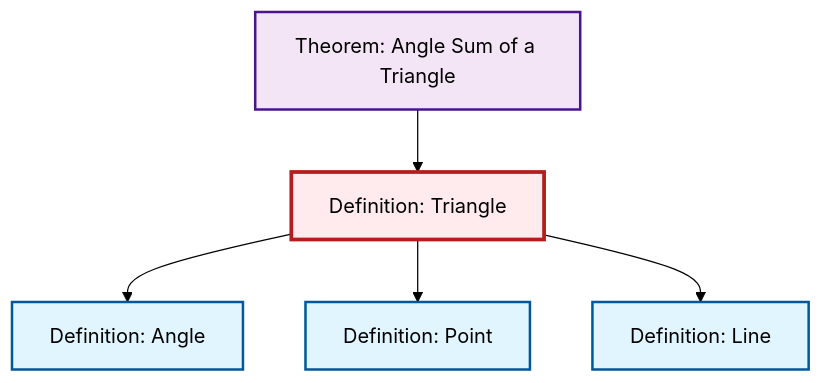
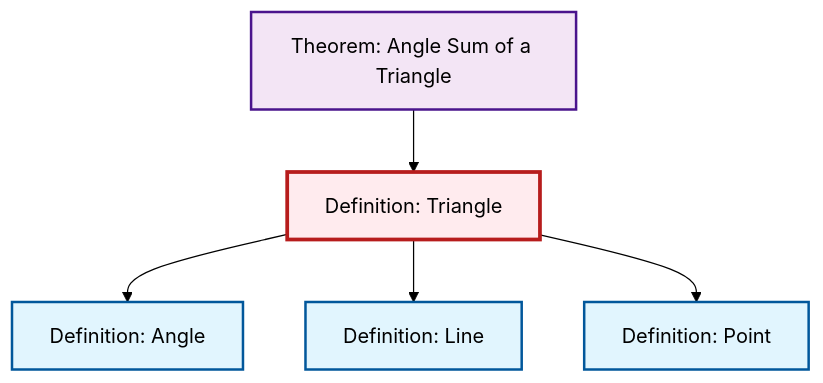
Before and after one commit to RK0429/ModernMath: the diagram in content/ja/geometry/def-triangle.qmd, drawn with Mermaid (forest theme). The commit also changed other lines of this file and 531 other files, not shown here.

````diff
--- a/content/ja/geometry/def-triangle.qmd
+++ b/content/ja/geometry/def-triangle.qmd
@@ -60,23 +60,23 @@
 ```{mermaid}
 %%| fig-cap: "Local dependency graph"
 graph TD
     classDef definition fill:#e1f5fe,stroke:#01579b,stroke-width:2px
     classDef theorem fill:#f3e5f5,stroke:#4a148c,stroke-width:2px
     classDef axiom fill:#fff3e0,stroke:#e65100,stroke-width:2px
     classDef example fill:#e8f5e9,stroke:#1b5e20,stroke-width:2px
     classDef current fill:#ffebee,stroke:#b71c1c,stroke-width:3px
+    def-line["Definition: Line"]:::definition
+    def-angle["Definition: Angle"]:::definition
     thm-angle-sum-triangle["Theorem: Angle Sum of a Triangle"]:::theorem
-    def-angle["Definition: Angle"]:::definition
     def-point["Definition: Point"]:::definition
-    def-line["Definition: Line"]:::definition
     def-triangle["Definition: Triangle"]:::definition
     thm-angle-sum-triangle --> def-triangle
     def-triangle --> def-angle
+    def-triangle --> def-line
     def-triangle --> def-point
-    def-triangle --> def-line
     class def-triangle current
+    click def-line "def-line.html" "Definition: Lineへ"
+    click def-angle "def-angle.html" "Definition: Angleへ"
     click thm-angle-sum-triangle "thm-angle-sum-triangle.html" "Theorem: Angle Sum of a Triangleへ"
-    click def-angle "def-angle.html" "Definition: Angleへ"
     click def-point "def-point.html" "Definition: Pointへ"
-    click def-line "def-line.html" "Definition: Lineへ"
 ```
````
